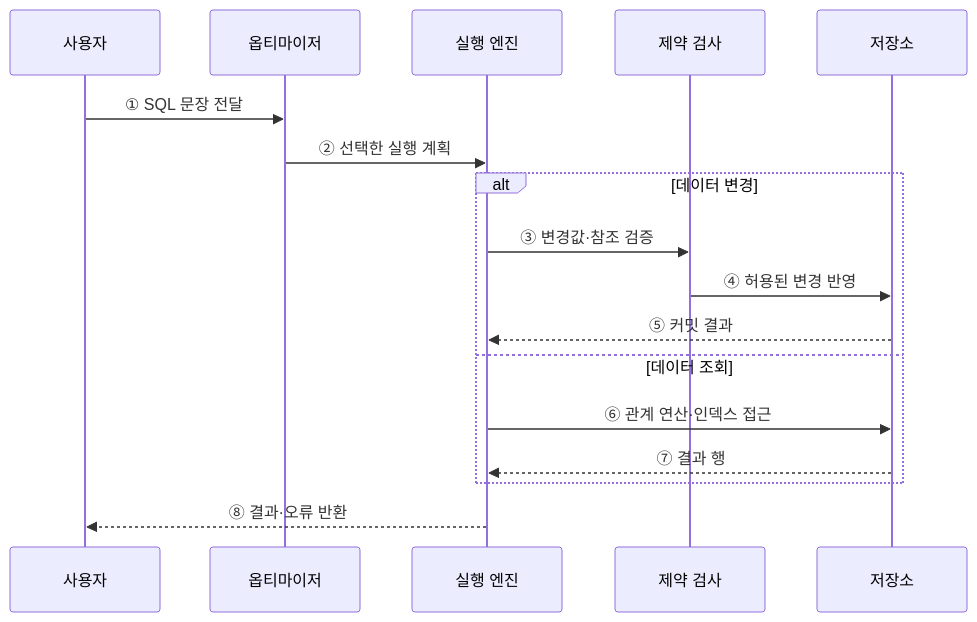
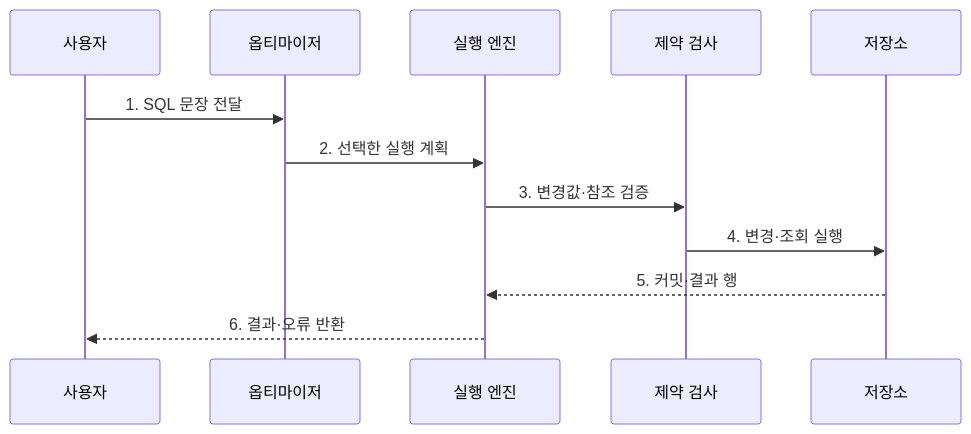
One commit to agnusdei1207/knowledge-base changed the second of 2 diagrams in src/content/docs/notes/03-software/084_relational_database.md. Above: the diagram before and after it, drawn with Mermaid. The commit also changed other lines of this file and 20 other files, not shown here.

````diff
--- a/src/content/docs/notes/03-software/084_relational_database.md
+++ b/src/content/docs/notes/03-software/084_relational_database.md
@@ -79,19 +85,14 @@
 ```mermaid
 sequenceDiagram
     participant U as 사용자
     participant O as 옵티마이저
     participant E as 실행 엔진
     participant C as 제약 검사
     participant S as 저장소
-    U->>O: ① SQL 문장 전달
-    O->>E: ② 선택한 실행 계획
-    alt 데이터 변경
-        E->>C: ③ 변경값·참조 검증
-        C->>S: ④ 허용된 변경 반영
-        S-->>E: ⑤ 커밋 결과
-    else 데이터 조회
-        E->>S: ⑥ 관계 연산·인덱스 접근
-        S-->>E: ⑦ 결과 행
-    end
-    E-->>U: ⑧ 결과·오류 반환
+    U->>O: 1. SQL 문장 전달
+    O->>E: 2. 선택한 실행 계획
+    E->>C: 3. 변경값·참조 검증
+    C->>S: 4. 변경·조회 실행
+    S-->>E: 5. 커밋·결과 행
+    E-->>U: 6. 결과·오류 반환
 ```
````
